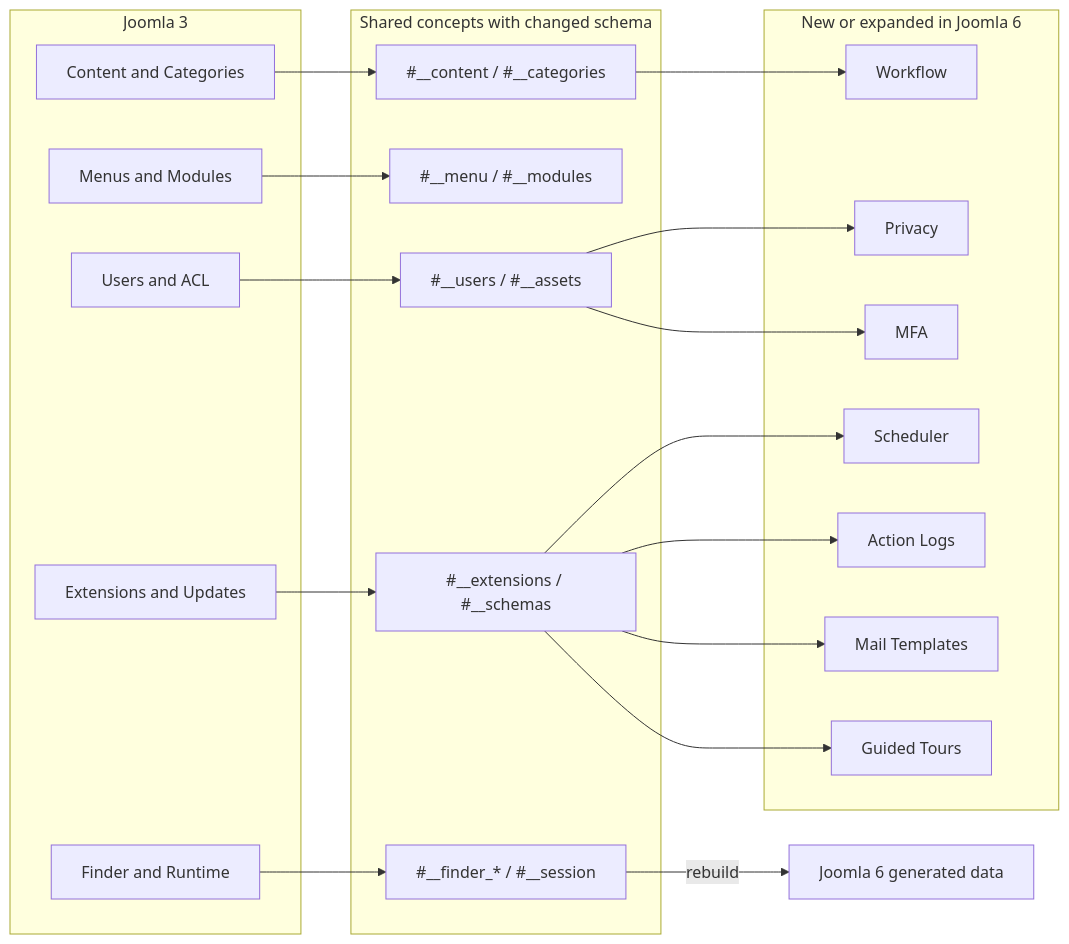
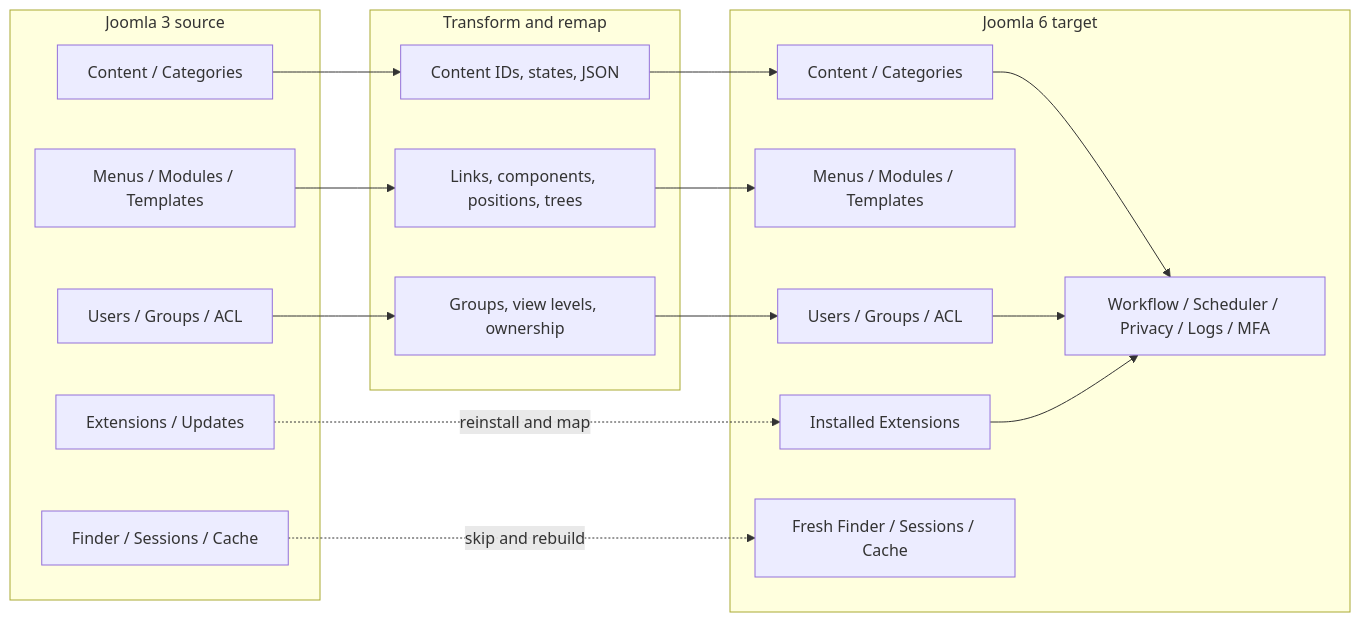
One commit to duyduyly/php-notebook changed the third of 21 diagrams in docs/joomla/learning/database/joomla3-vs-joomla6-erd-gap-diagrams.md. Above: the diagram before and after it, drawn with Mermaid. The commit also changed other lines of this file, not shown here.

Commit message:
docs: improve Joomla 3 vs Joomla 6 ERD gap diagrams

````diff
--- a/docs/joomla/learning/database/joomla3-vs-joomla6-erd-gap-diagrams.md
+++ b/docs/joomla/learning/database/joomla3-vs-joomla6-erd-gap-diagrams.md
@@ -57,44 +150,35 @@
 ```mermaid
 flowchart LR
-    subgraph J3["Joomla 3"]
-        J3_CONTENT["Content and Categories"]
-        J3_MENU["Menus and Modules"]
-        J3_USERS["Users and ACL"]
-        J3_EXT["Extensions and Updates"]
-        J3_SEARCH["Finder and Runtime"]
+    subgraph J3["Joomla 3 source"]
+        J3_CONTENT["Content / Categories"]
+        J3_NAV["Menus / Modules / Templates"]
+        J3_ACCESS["Users / Groups / ACL"]
+        J3_SYSTEM["Extensions / Updates"]
+        J3_RUNTIME["Finder / Sessions / Cache"]
     end
 
-    subgraph SHARED["Shared concepts with changed schema"]
-        CONTENT["#__content / #__categories"]
-        MENU["#__menu / #__modules"]
-        USERS["#__users / #__assets"]
-        EXT["#__extensions / #__schemas"]
-        SEARCH["#__finder_* / #__session"]
+    subgraph TRANSFORM["Transform and remap"]
+        T_CONTENT["Content IDs, states, JSON"]
+        T_NAV["Links, components, positions, trees"]
+        T_ACCESS["Groups, view levels, ownership"]
     end
 
-    subgraph J6NEW["New or expanded in Joomla 6"]
-        WORKFLOW["Workflow"]
-        SCHEDULER["Scheduler"]
-        LOGGING["Action Logs"]
-        PRIVACY["Privacy"]
-        MFA["MFA"]
-        MAIL["Mail Templates"]
-        TOURS["Guided Tours"]
+    subgraph TARGET["Joomla 6 target"]
+        J6_CONTENT["Content / Categories"]
+        J6_NAV["Menus / Modules / Templates"]
+        J6_ACCESS["Users / Groups / ACL"]
+        J6_SYSTEM["Installed Extensions"]
+        J6_NEW["Workflow / Scheduler / Privacy / Logs / MFA"]
+        J6_RUNTIME["Fresh Finder / Sessions / Cache"]
     end
 
-    J3_CONTENT --> CONTENT
-    J3_MENU --> MENU
-    J3_USERS --> USERS
-    J3_EXT --> EXT
-    J3_SEARCH --> SEARCH
+    J3_CONTENT --> T_CONTENT --> J6_CONTENT
+    J3_NAV --> T_NAV --> J6_NAV
+    J3_ACCESS --> T_ACCESS --> J6_ACCESS
+    J3_SYSTEM -.->|reinstall and map| J6_SYSTEM
+    J3_RUNTIME -.->|skip and rebuild| J6_RUNTIME
 
-    CONTENT --> WORKFLOW
-    EXT --> SCHEDULER
-    EXT --> LOGGING
-    USERS --> PRIVACY
-    USERS --> MFA
-    EXT --> MAIL
-    EXT --> TOURS
-
-    SEARCH -->|rebuild| SEARCH_NEW["Joomla 6 generated data"]
+    J6_CONTENT --> J6_NEW
+    J6_SYSTEM --> J6_NEW
+    J6_ACCESS --> J6_NEW
 ```
````
